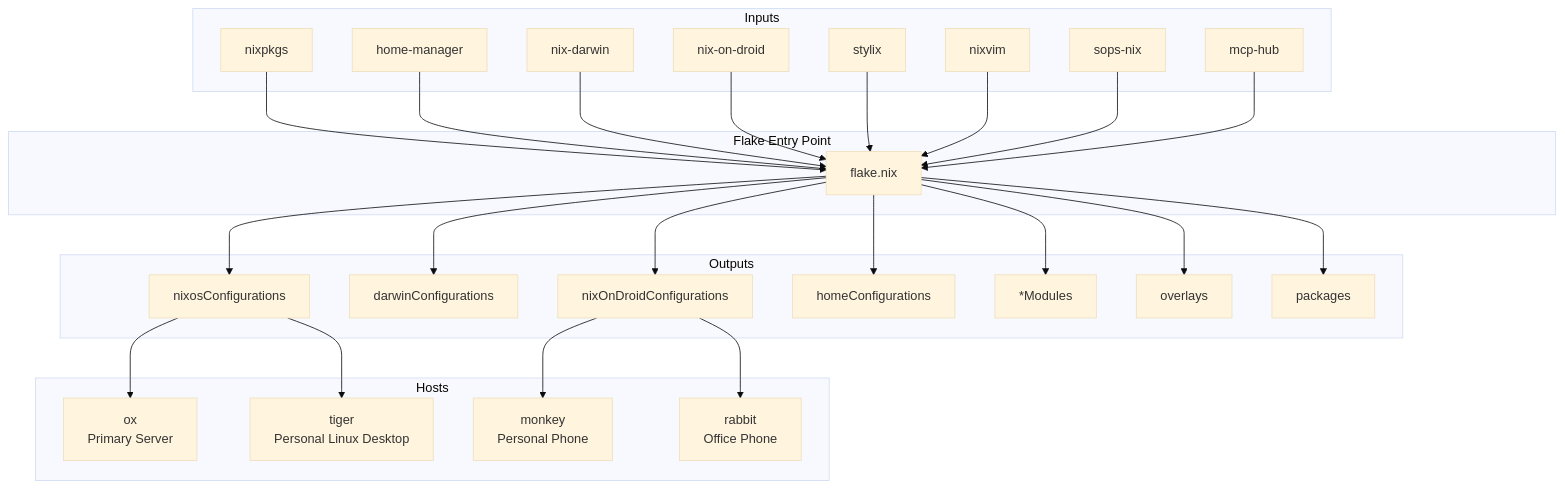
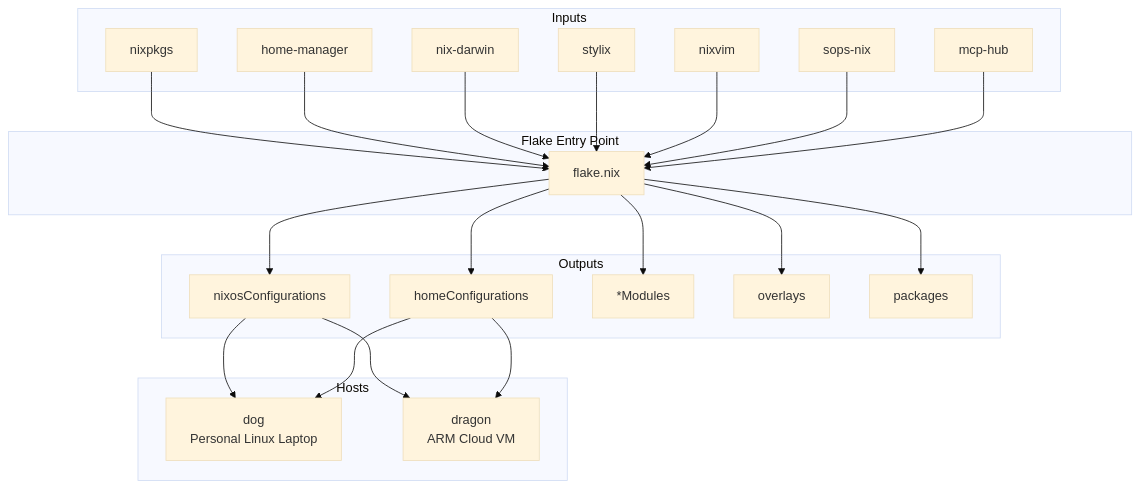
Before and after one commit to idjoo/dotfiles: the first of 14 diagrams in docs/ARCHITECTURE.md, drawn with Mermaid (base theme). The commit also changed other lines of this file and 3 other files, not shown here.

First line of the commit message:
docs: 📝 document dog and dragon as the only hosts

````diff
--- a/docs/ARCHITECTURE.md
+++ b/docs/ARCHITECTURE.md
@@ -21,56 +21,48 @@
 ```mermaid
 graph TB
     subgraph "Flake Entry Point"
         F[flake.nix]
     end
 
     subgraph "Inputs"
         NP[nixpkgs]
         HM[home-manager]
         ND[nix-darwin]
-        NOD[nix-on-droid]
         ST[stylix]
         NV[nixvim]
         SOPS[sops-nix]
         MCP[mcp-hub]
     end
 
     subgraph "Outputs"
         NC[nixosConfigurations]
-        DC[darwinConfigurations]
-        NDC[nixOnDroidConfigurations]
         HC[homeConfigurations]
         MOD[*Modules]
         OV[overlays]
         PKG[packages]
     end
 
     subgraph "Hosts"
-        OX[ox<br/>Primary Server]
-        TIGER[tiger<br/>Personal Linux Desktop]
-        MONKEY[monkey<br/>Personal Phone]
-        RABBIT[rabbit<br/>Office Phone]
+        DOG[dog<br/>Personal Linux Laptop]
+        DRAGON[dragon<br/>ARM Cloud VM]
     end
 
     NP --> F
     HM --> F
     ND --> F
-    NOD --> F
     ST --> F
     NV --> F
     SOPS --> F
     MCP --> F
 
     F --> NC
-    F --> DC
-    F --> NDC
     F --> HC
     F --> MOD
     F --> OV
     F --> PKG
 
-    NC --> OX
-    NC --> TIGER
-    NDC --> MONKEY
-    NDC --> RABBIT
+    NC --> DOG
+    NC --> DRAGON
+    HC --> DOG
+    HC --> DRAGON
 ```
````
